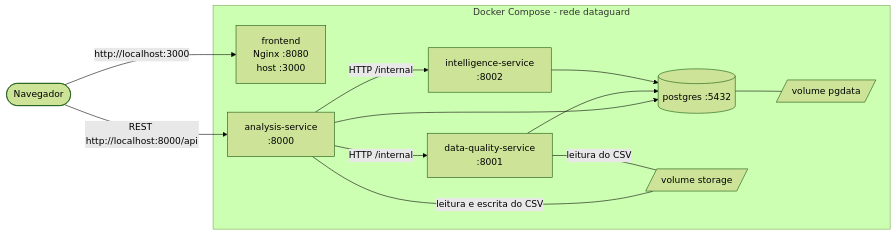
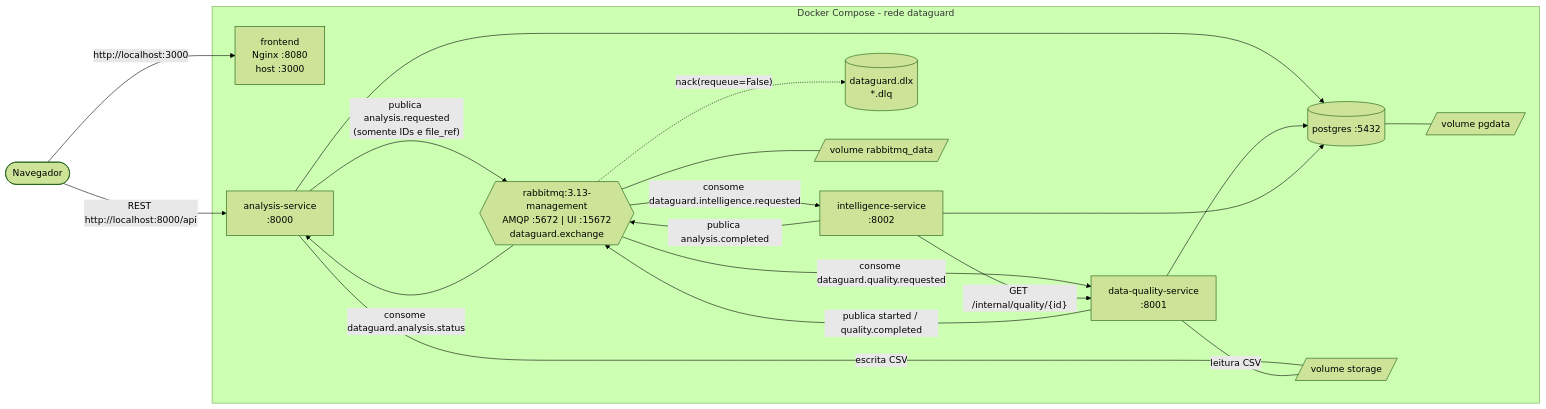
Before and after one commit to lucasblima-dev/data-guard: the second of 8 diagrams in docs/ARQUITETURA.md, drawn with Mermaid (forest theme). The commit also changed other lines of this file and 5 other files, not shown here.

````diff
--- a/docs/ARQUITETURA.md
+++ b/docs/ARQUITETURA.md
@@ -86,25 +69,35 @@
 ```mermaid
 flowchart LR
     U(["Navegador"])
 
     subgraph COMPOSE["Docker Compose - rede dataguard"]
-        FE["frontend<br/>Nginx :8080<br/>host :3000"]
-        AS["analysis-service<br/>:8000"]
-        DQ["data-quality-service<br/>:8001"]
-        IS["intelligence-service<br/>:8002"]
+        FE["frontend\nNginx :8080\nhost :3000"]
+        AS["analysis-service\n:8000"]
+        DQ["data-quality-service\n:8001"]
+        IS["intelligence-service\n:8002"]
+        MQ{{"rabbitmq:3.13-management\nAMQP :5672 | UI :15672\ndataguard.exchange"}}
+        DLQ[("dataguard.dlx\n*.dlq")]
         PG[("postgres :5432")]
         V1[/"volume pgdata"/]
         V2[/"volume storage"/]
+        V3[/"volume rabbitmq_data"/]
     end
 
     U -->|"http://localhost:3000"| FE
     U -->|"REST http://localhost:8000/api"| AS
-    AS -->|"HTTP /internal"| DQ
-    AS -->|"HTTP /internal"| IS
+    AS -->|"publica analysis.requested\n(somente IDs e file_ref)"| MQ
+    MQ -->|"consome dataguard.quality.requested"| DQ
+    DQ -->|"publica started / quality.completed"| MQ
+    MQ -->|"consome dataguard.intelligence.requested"| IS
+    IS -->|"GET /internal/quality/{id}"| DQ
+    IS -->|"publica analysis.completed"| MQ
+    MQ -->|"consome dataguard.analysis.status"| AS
+    MQ -.->|"nack(requeue=False)"| DLQ
     AS --> PG
     DQ --> PG
     IS --> PG
     PG --- V1
-    AS ---|"leitura e escrita do CSV"| V2
-    DQ ---|"leitura do CSV"| V2
+    AS ---|"escrita CSV"| V2
+    DQ ---|"leitura CSV"| V2
+    MQ --- V3
 ```
````
